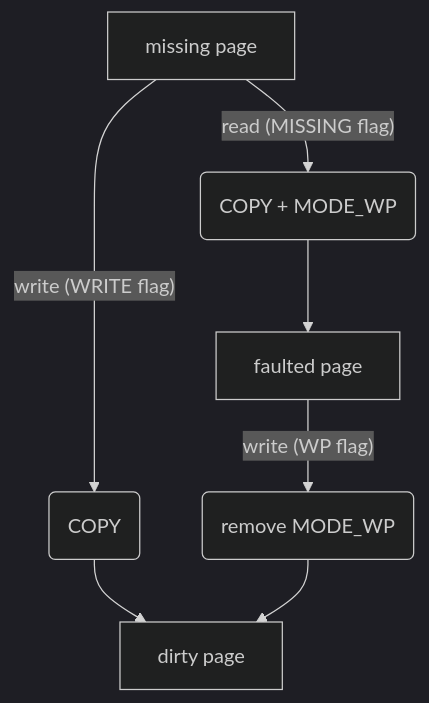
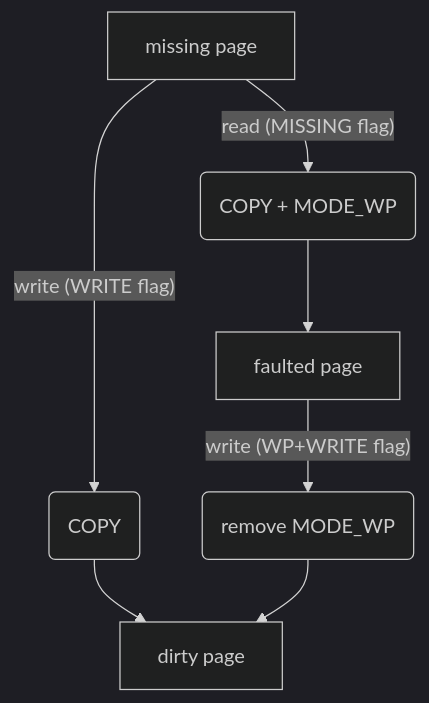
The diagram in packages/orchestrator/internal/sandbox/uffd/userfaultfd/diagram.mermaid (e2b-dev/infra), drawn with Mermaid (dark theme) before and after one commit. The commit also changed 4 other files, not shown here.

```diff
--- a/packages/orchestrator/internal/sandbox/uffd/userfaultfd/diagram.mermaid
+++ b/packages/orchestrator/internal/sandbox/uffd/userfaultfd/diagram.mermaid
@@ -1,4 +1,4 @@
 flowchart TD
 A[missing page] -- write (WRITE flag) --> B(COPY) --> C[dirty page]
 A -- read (MISSING flag) --> D(COPY + MODE_WP) --> E[faulted page]
-E -- write (WP flag) --> F(remove MODE_WP) --> C
+E -- write (WP+WRITE flag) --> F(remove MODE_WP) --> C
```
